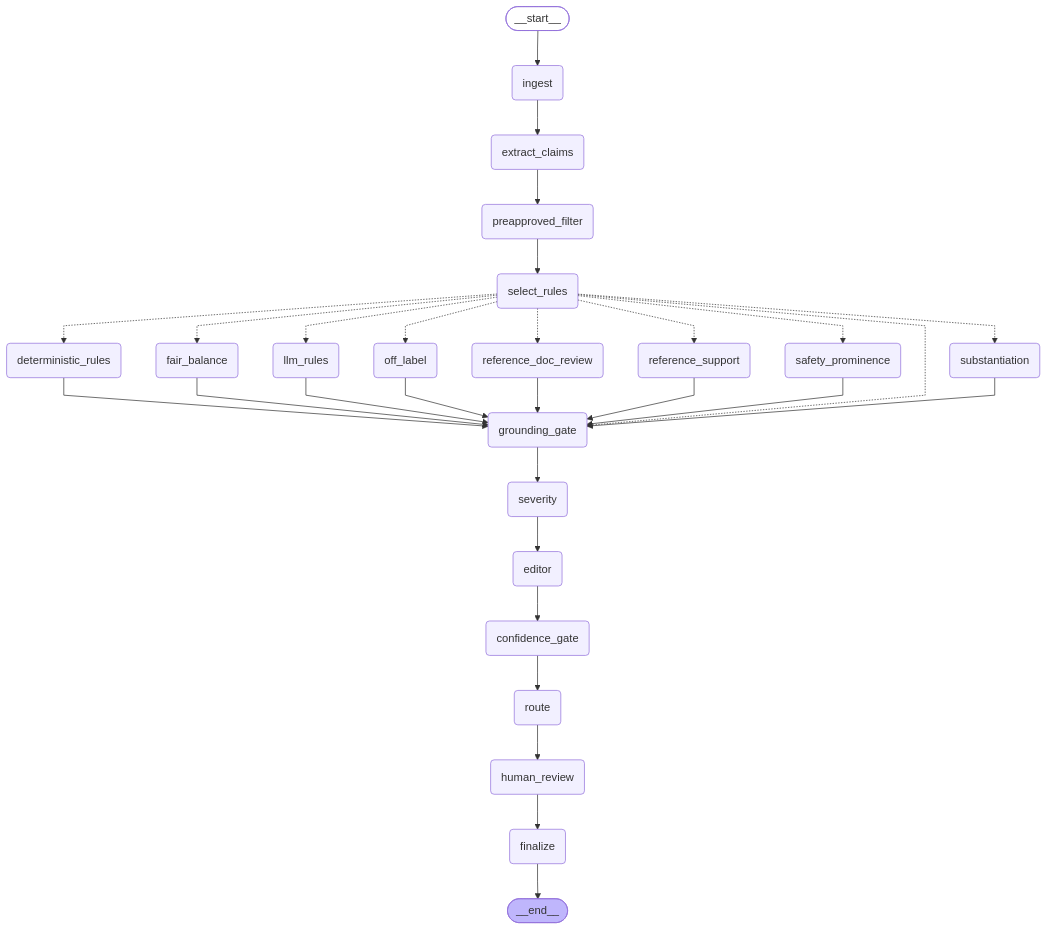
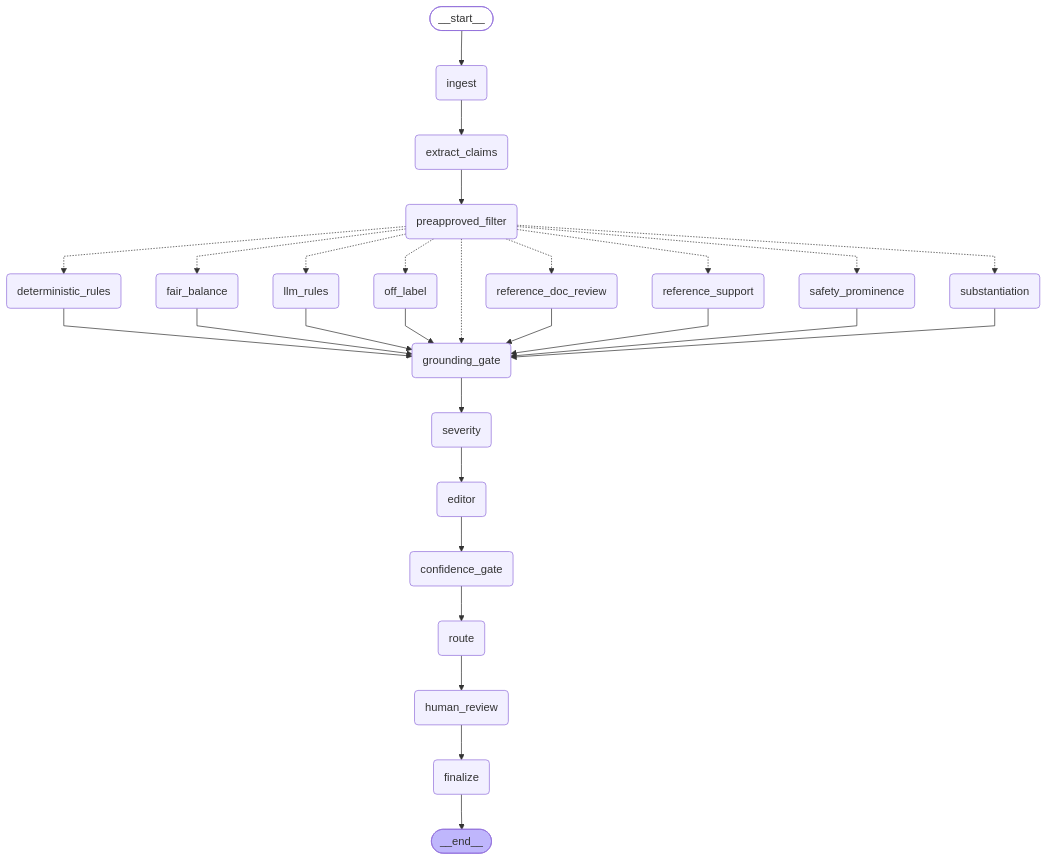
The diagram in docs/graph.mmd (supriyarao/mlr-review), drawn with Mermaid before and after one commit. The commit also changed 12 other files, not shown here.

First line of the commit message:
refactor(mlr): fold rule selection into ingest and drop the select_rules node

```diff
--- a/docs/graph.mmd
+++ b/docs/graph.mmd
@@ -1,58 +1,56 @@
 ---
 config:
   flowchart:
     curve: linear
 ---
 graph TD;
 	__start__([<p>__start__</p>]):::first
 	ingest(ingest)
 	extract_claims(extract_claims)
 	preapproved_filter(preapproved_filter)
-	select_rules(select_rules)
 	substantiation(substantiation)
 	reference_support(reference_support)
 	off_label(off_label)
 	fair_balance(fair_balance)
 	safety_prominence(safety_prominence)
 	deterministic_rules(deterministic_rules)
 	llm_rules(llm_rules)
 	reference_doc_review(reference_doc_review)
 	grounding_gate(grounding_gate)
 	severity(severity)
 	editor(editor)
 	confidence_gate(confidence_gate)
 	route(route)
 	human_review(human_review)
 	finalize(finalize)
 	__end__([<p>__end__</p>]):::last
 	__start__ --> ingest;
 	confidence_gate --> route;
 	deterministic_rules --> grounding_gate;
 	editor --> confidence_gate;
 	extract_claims --> preapproved_filter;
 	fair_balance --> grounding_gate;
 	grounding_gate --> severity;
 	human_review --> finalize;
 	ingest --> extract_claims;
 	llm_rules --> grounding_gate;
 	off_label --> grounding_gate;
-	preapproved_filter --> select_rules;
+	preapproved_filter -.-> deterministic_rules;
+	preapproved_filter -.-> fair_balance;
+	preapproved_filter -.-> grounding_gate;
+	preapproved_filter -.-> llm_rules;
+	preapproved_filter -.-> off_label;
+	preapproved_filter -.-> reference_doc_review;
+	preapproved_filter -.-> reference_support;
+	preapproved_filter -.-> safety_prominence;
+	preapproved_filter -.-> substantiation;
 	reference_doc_review --> grounding_gate;
 	reference_support --> grounding_gate;
 	route --> human_review;
 	safety_prominence --> grounding_gate;
-	select_rules -.-> deterministic_rules;
-	select_rules -.-> fair_balance;
-	select_rules -.-> grounding_gate;
-	select_rules -.-> llm_rules;
-	select_rules -.-> off_label;
-	select_rules -.-> reference_doc_review;
-	select_rules -.-> reference_support;
-	select_rules -.-> safety_prominence;
-	select_rules -.-> substantiation;
 	severity --> editor;
 	substantiation --> grounding_gate;
 	finalize --> __end__;
 	classDef default fill:#f2f0ff,line-height:1.2
 	classDef first fill-opacity:0
 	classDef last fill:#bfb6fc
```
